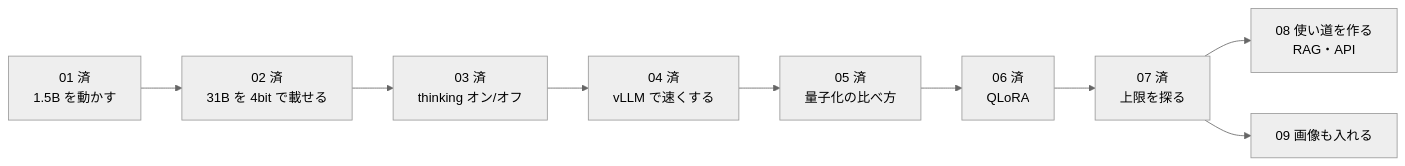
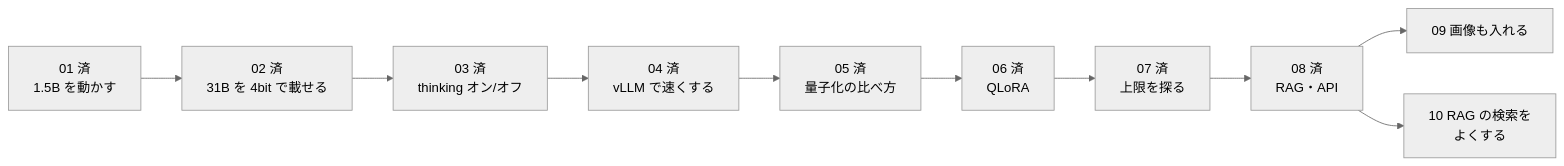
One commit to moruku36/colab-oss-lab changed the diagram in docs/next-experiments.md. Above: the diagram before and after it, drawn with Mermaid (neutral theme). The commit also changed other lines of this file and 8 other files, not shown here.

````diff
--- a/docs/next-experiments.md
+++ b/docs/next-experiments.md
@@ -6,11 +6,12 @@
 ```mermaid
 flowchart LR
     E01["01 済<br/>1.5B を動かす"] --> E02["02 済<br/>31B を 4bit で載せる"]
     E02 --> E03["03 済<br/>thinking オン/オフ"]
     E03 --> E04["04 済<br/>vLLM で速くする"]
     E04 --> E05["05 済<br/>量子化の比べ方"]
     E05 --> E06["06 済<br/>QLoRA"]
     E06 --> E07["07 済<br/>上限を探る"]
-    E07 --> C08["08 使い道を作る<br/>RAG・API"]
-    E07 --> C09["09 画像も入れる"]
+    E07 --> E08["08 済<br/>RAG・API"]
+    E08 --> C09["09 画像も入れる"]
+    E08 --> C10["10 RAG の検索を<br/>よくする"]
 ```
````
